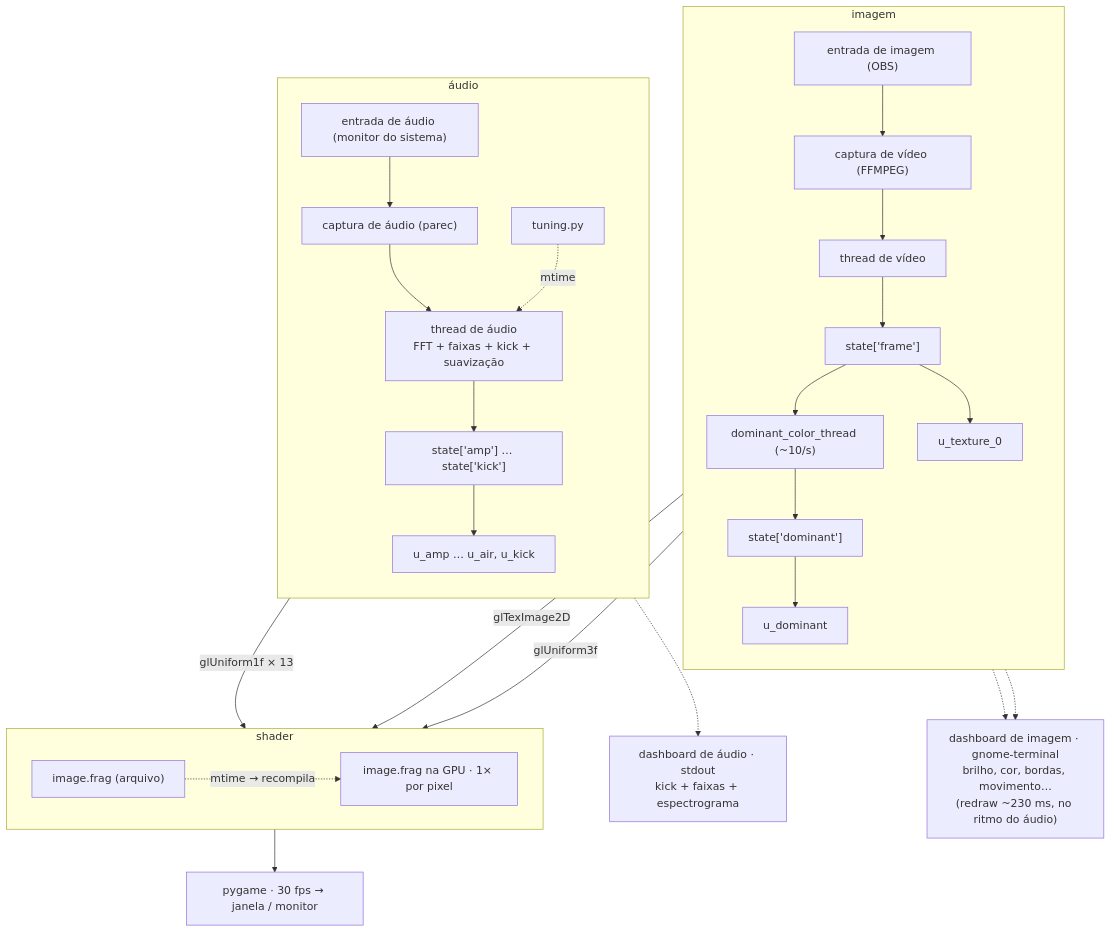
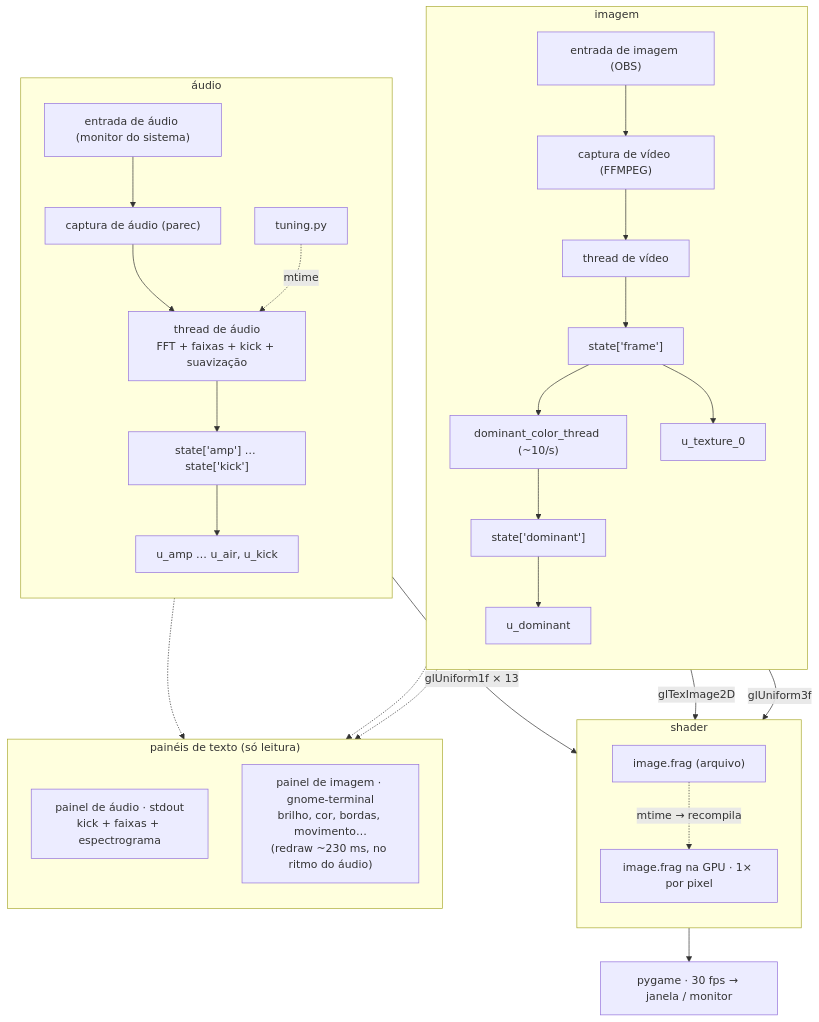
Before and after one commit to paulocremas/cremas-synth-lab: the first of 2 diagrams in README.md, drawn with Mermaid. The commit also changed other lines of this file, not shown here.

Commit message:
Flow 1: vertical shader subgraph, group panels, rename dashboard -> painel
- shader subgraph back to direction TB so it centers on the spine
- new "painéis de texto" subgraph groups the two read-only panels
- "dashboard" -> "painel" in diagram and prose

````diff
--- a/README.md
+++ b/README.md
@@ -43,37 +43,42 @@
 ```mermaid
 flowchart TD
     subgraph IMG_SIDE["imagem"]
         direction TB
         IMG["entrada de imagem (OBS)"] --> CAPV["captura de vídeo (FFMPEG)"]
         CAPV --> VT["thread de vídeo"]
         VT --> SF["state['frame']"]
         SF --> DCT["dominant_color_thread (~10/s)"]
         DCT --> SD["state['dominant']"]
         SF --> UTEX["u_texture_0"]
         SD --> UDOM["u_dominant"]
     end
 
     subgraph AUD_SIDE["áudio"]
         direction TB
         AUD["entrada de áudio (monitor do sistema)"] --> CAPA["captura de áudio (parec)"]
         CAPA --> AT["thread de áudio<br/>FFT + faixas + kick + suavização"]
         AT --> SA["state['amp'] … state['kick']"]
         SA --> UAUD["u_amp … u_air, u_kick"]
         TUN["tuning.py"] -.->|"mtime"| AT
     end
 
+    subgraph SH["shader"]
+        direction TB
+        FRAG["image.frag (arquivo)"] -.->|"mtime → recompila"| GPU["image.frag na GPU · 1× por pixel"]
+    end
+
     UTEX -->|"glTexImage2D"| GPU
     UDOM -->|"glUniform3f"| GPU
     UAUD -->|"glUniform1f × 13"| GPU
+    GPU --> WIN["pygame · 30 fps → janela / monitor"]
 
-    subgraph SHADER["shader"]
-        direction LR
-        FRAG["image.frag (arquivo)"] -.->|"mtime → recompila"| GPU["image.frag na GPU · 1× por pixel"]
+    subgraph PANELS["painéis de texto (só leitura)"]
+        direction TB
+        PANEL_A["painel de áudio · stdout<br/>kick + faixas + espectrograma"]
+        PANEL_I["painel de imagem · gnome-terminal<br/>brilho, cor, bordas, movimento…<br/>(redraw ~230 ms, no ritmo do áudio)"]
     end
 
-    GPU --> WIN["pygame · 30 fps → janela / monitor"]
-
-    AT -.-> DASH_A["dashboard de áudio · stdout<br/>kick + faixas + espectrograma"]
-    SF -.-> DASH_I["dashboard de imagem · gnome-terminal<br/>brilho, cor, bordas, movimento…<br/>(redraw ~230 ms, no ritmo do áudio)"]
-    SD -.-> DASH_I
+    AT -.-> PANEL_A
+    SF -.-> PANEL_I
+    SD -.-> PANEL_I
 ```
````
